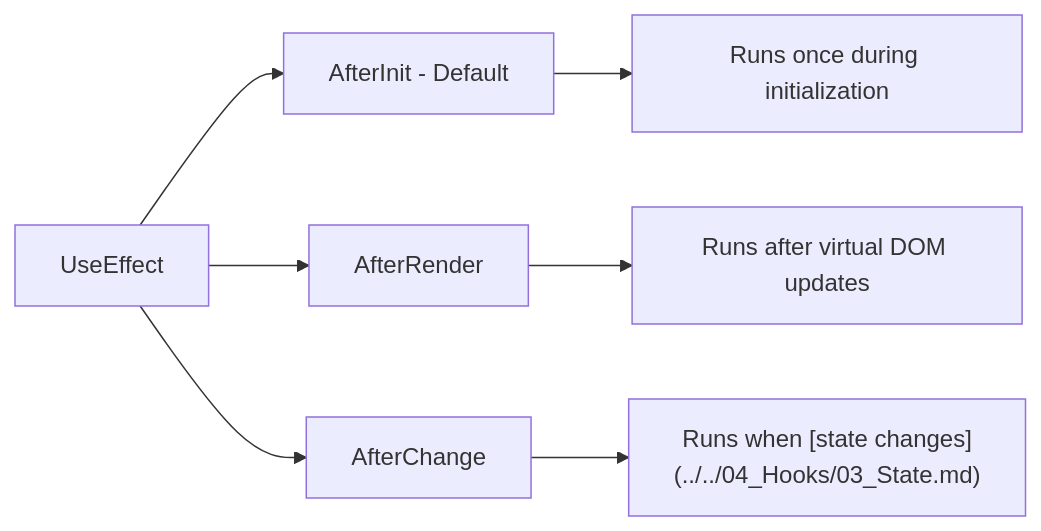
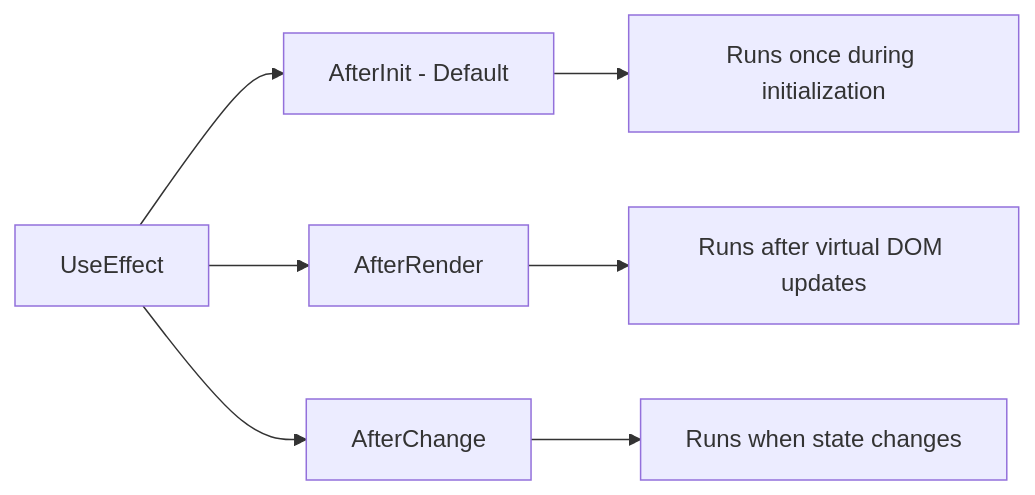
One commit to Ivy-Interactive/Ivy-Framework changed the second of 3 diagrams in Ivy.Docs.Shared/Docs/04_Hooks/04_Effect.md. Above: the diagram before and after it, drawn with Mermaid. The commit also changed other lines of this file and 5 other files, not shown here.

````diff
--- a/Ivy.Docs.Shared/Docs/04_Hooks/04_Effect.md
+++ b/Ivy.Docs.Shared/Docs/04_Hooks/04_Effect.md
@@ -152,10 +152,10 @@
 ```mermaid
 graph LR
     A[UseEffect] --> B[AfterInit - Default]
     A --> C[AfterRender]
     A --> D[AfterChange]
     
     B --> B1["Runs once during initialization"]
     C --> C1["Runs after virtual DOM updates"]
-    D --> D1["Runs when [state changes](../../04_Hooks/03_State.md)"]
+    D --> D1["Runs when state changes"]
 ```
````
